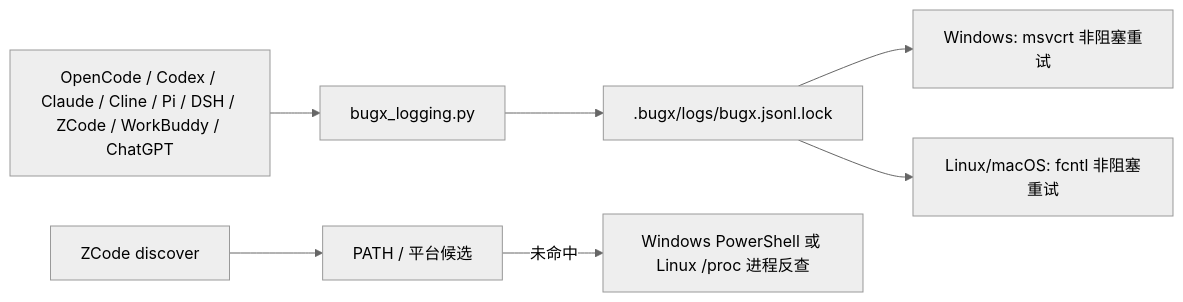
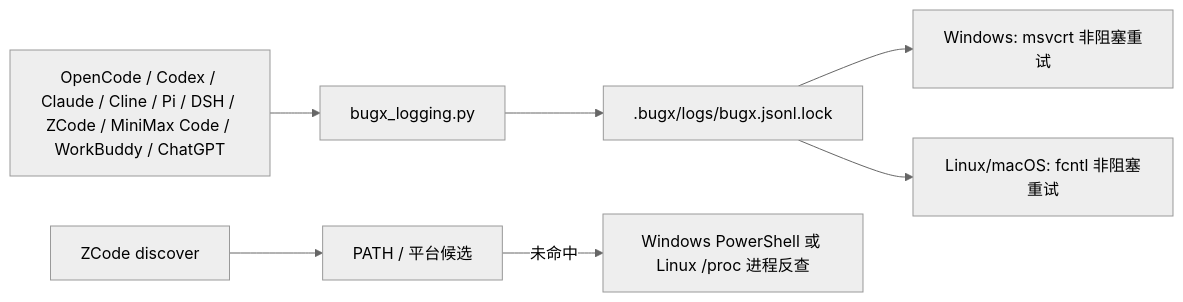
One commit to Bencibr/bugx changed the second of 54 diagrams in docs/02_architecture/01_ARCHITECTURE.md. Above: the diagram before and after it, drawn with Mermaid (neutral theme). The commit also changed other lines of this file and 120 other files, not shown here.

````diff
--- a/docs/02_architecture/01_ARCHITECTURE.md
+++ b/docs/02_architecture/01_ARCHITECTURE.md
@@ -301,10 +302,10 @@
 ```mermaid
 flowchart LR
-    HOSTS[OpenCode / Codex / Claude / Cline / Pi / DSH / ZCode / WorkBuddy / ChatGPT]
+    HOSTS[OpenCode / Codex / Claude / Cline / Pi / DSH / ZCode / MiniMax Code / WorkBuddy / ChatGPT]
     HOSTS --> LOG[bugx_logging.py]
     LOG --> LOCK[.bugx/logs/bugx.jsonl.lock]
     LOCK --> WIN[Windows: msvcrt 非阻塞重试]
     LOCK --> POSIX[Linux/macOS: fcntl 非阻塞重试]
     Z[ZCode discover] --> CAND[PATH / 平台候选]
     CAND -->|未命中| PROC[Windows PowerShell 或 Linux /proc 进程反查]
 ```
````
